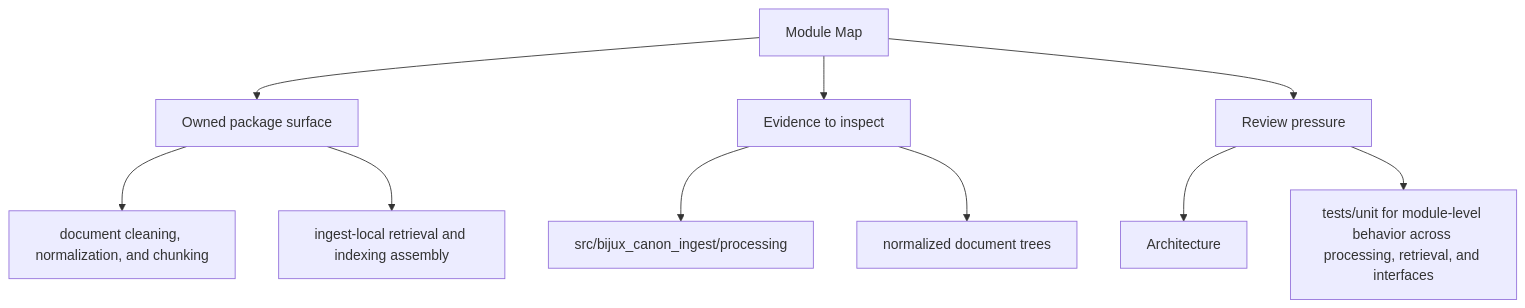
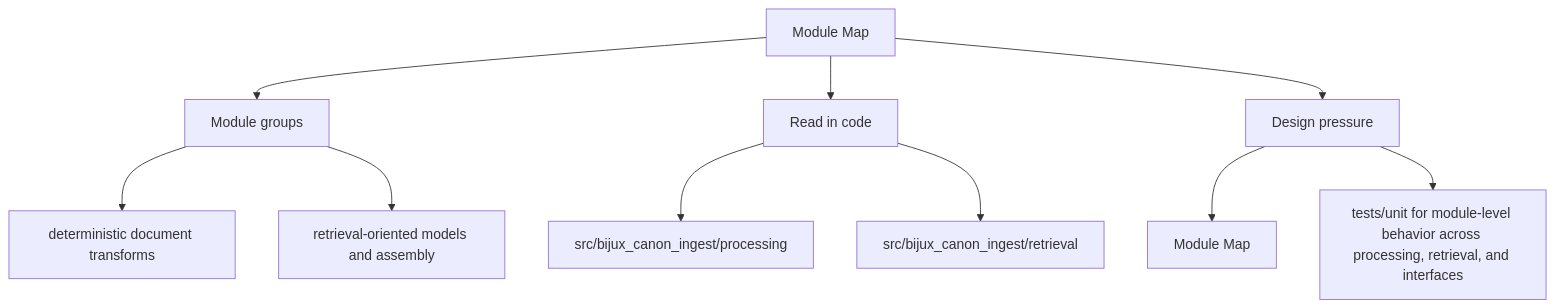
One commit to bijux/bijux-canon changed the second of 2 diagrams in docs/bijux-canon-ingest/architecture/module-map.md. Above: the diagram before and after it, drawn with Mermaid. The commit also changed other lines of this file and 250 other files, not shown here.

Commit message:
docs(diagrams): make product page maps more readable

````diff
--- a/docs/bijux-canon-ingest/architecture/module-map.md
+++ b/docs/bijux-canon-ingest/architecture/module-map.md
@@ -35,22 +35,22 @@
 ```mermaid
 flowchart TD
     page["Module Map"]
-    focus1["Owned package surface"]
+    focus1["Module groups"]
     page --> focus1
-    focus1_1["document cleaning, normalization, and chunking"]
+    focus1_1["deterministic document transforms"]
     focus1 --> focus1_1
-    focus1_2["ingest-local retrieval and indexing assembly"]
+    focus1_2["retrieval-oriented models and assembly"]
     focus1 --> focus1_2
-    focus2["Evidence to inspect"]
+    focus2["Read in code"]
     page --> focus2
     focus2_1["src/bijux_canon_ingest/processing"]
     focus2 --> focus2_1
-    focus2_2["normalized document trees"]
+    focus2_2["src/bijux_canon_ingest/retrieval"]
     focus2 --> focus2_2
-    focus3["Review pressure"]
+    focus3["Design pressure"]
     page --> focus3
-    focus3_1["Architecture"]
+    focus3_1["Module Map"]
     focus3 --> focus3_1
     focus3_2["tests/unit for module-level behavior across processing, retrieval, and interfaces"]
     focus3 --> focus3_2
 ```
````
